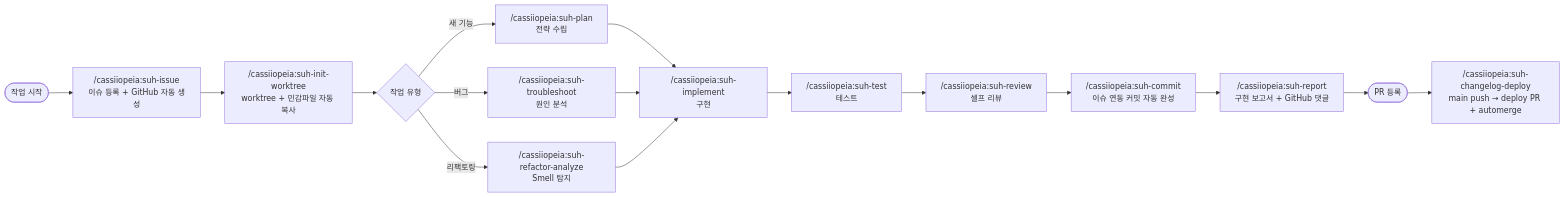
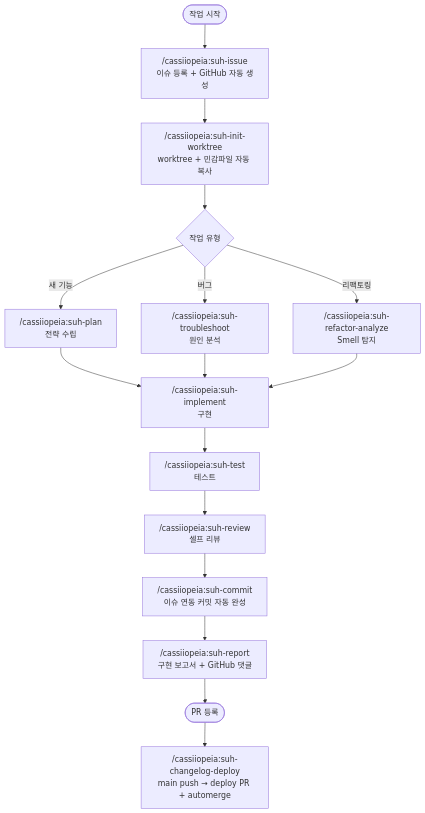
Before and after one commit to Cassiiopeia/SUH-DEVOPS-TEMPLATE: the first of 2 diagrams in README.md, drawn with Mermaid. The commit also changed other lines of this file, not shown here.

Commit message:
모든 스킬명에 suh- prefix 적용 : fix : README mermaid 다이어그램 LR → TD 변경 (GitHub 렌더링 호환) https://github.com/Cassiiopeia/SUH-DEVOPS-TEMPLATE/issues/299

````diff
--- a/README.md
+++ b/README.md
@@ -41,18 +41,20 @@
 ```mermaid
-flowchart LR
+flowchart TD
     A([작업 시작]) --> B["/cassiiopeia:suh-issue\n이슈 등록 + GitHub 자동 생성"]
     B --> C["/cassiiopeia:suh-init-worktree\nworktree + 민감파일 자동 복사"]
     C --> D{작업 유형}
 
     D -->|새 기능| E1["/cassiiopeia:suh-plan\n전략 수립"]
     D -->|버그| E2["/cassiiopeia:suh-troubleshoot\n원인 분석"]
     D -->|리팩토링| E3["/cassiiopeia:suh-refactor-analyze\nSmell 탐지"]
 
-    E1 & E2 & E3 --> F["/cassiiopeia:suh-implement\n구현"]
+    E1 --> F["/cassiiopeia:suh-implement\n구현"]
+    E2 --> F
+    E3 --> F
     F --> G["/cassiiopeia:suh-test\n테스트"]
     G --> H["/cassiiopeia:suh-review\n셀프 리뷰"]
     H --> I["/cassiiopeia:suh-commit\n이슈 연동 커밋 자동 완성"]
     I --> J["/cassiiopeia:suh-report\n구현 보고서 + GitHub 댓글"]
     J --> K([PR 등록])
     K --> L["/cassiiopeia:suh-changelog-deploy\nmain push → deploy PR + automerge"]
 ```
````
